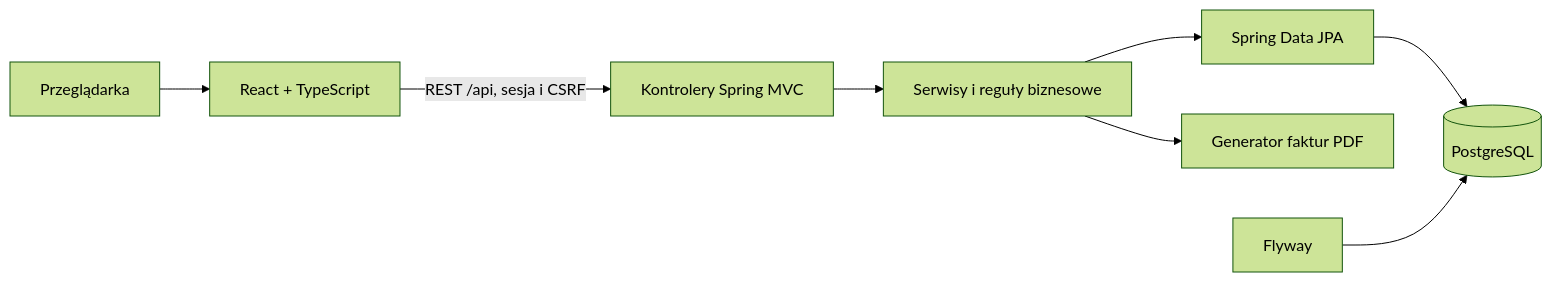
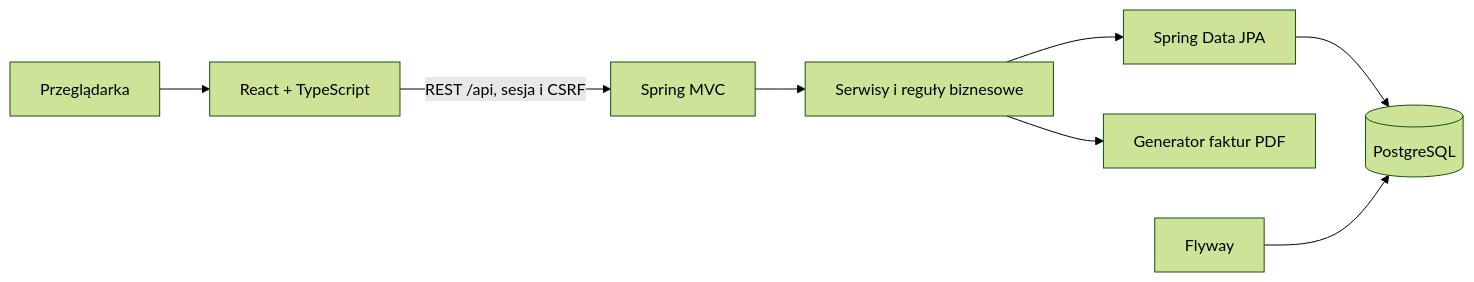
Before and after one commit to stanislaw-kopec/BookingSystem: the diagram in README.md, drawn with Mermaid (forest theme). The commit also changed other lines of this file and 2 other files, not shown here.

````diff
--- a/README.md
+++ b/README.md
@@ -39,10 +91,10 @@
 ```mermaid
 flowchart LR
     U[Przeglądarka] --> R[React + TypeScript]
-    R -->|REST /api, sesja i CSRF| C[Kontrolery Spring MVC]
+    R -->|REST /api, sesja i CSRF| C[Spring MVC]
     C --> S[Serwisy i reguły biznesowe]
     S --> J[Spring Data JPA]
     J --> P[(PostgreSQL)]
     S --> F[Generator faktur PDF]
     M[Flyway] --> P
 ```
````
